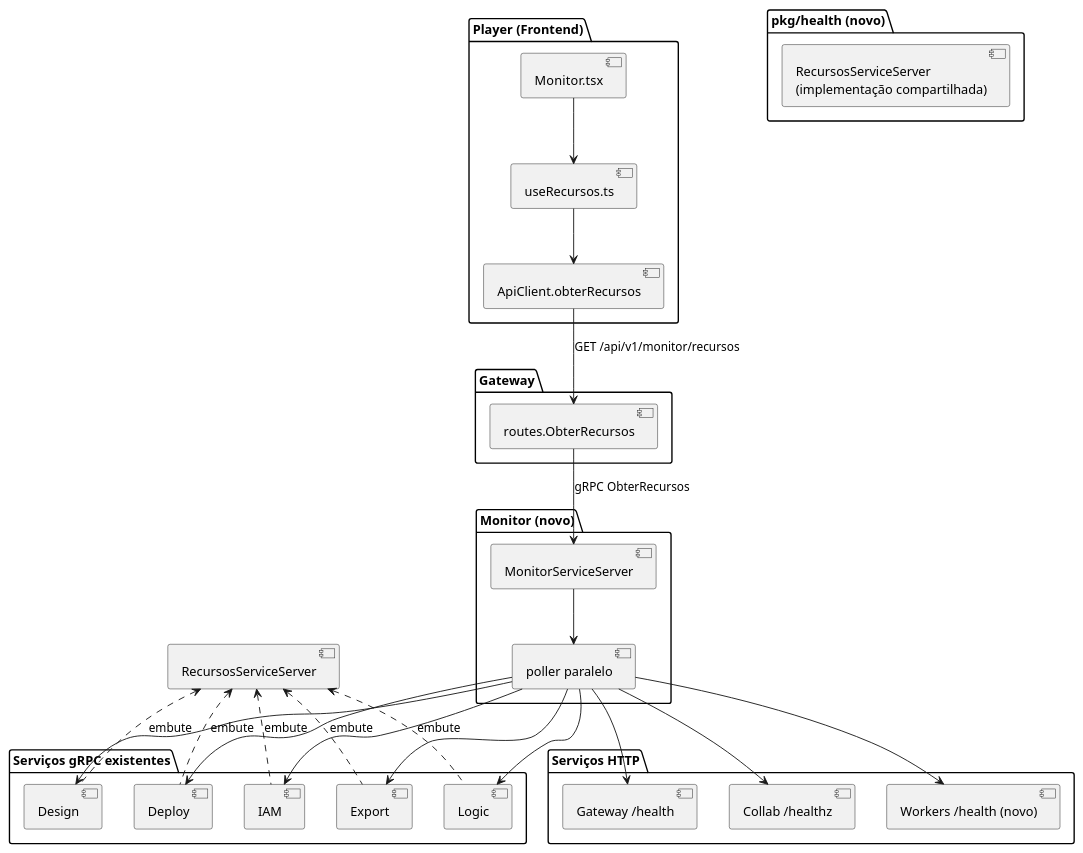
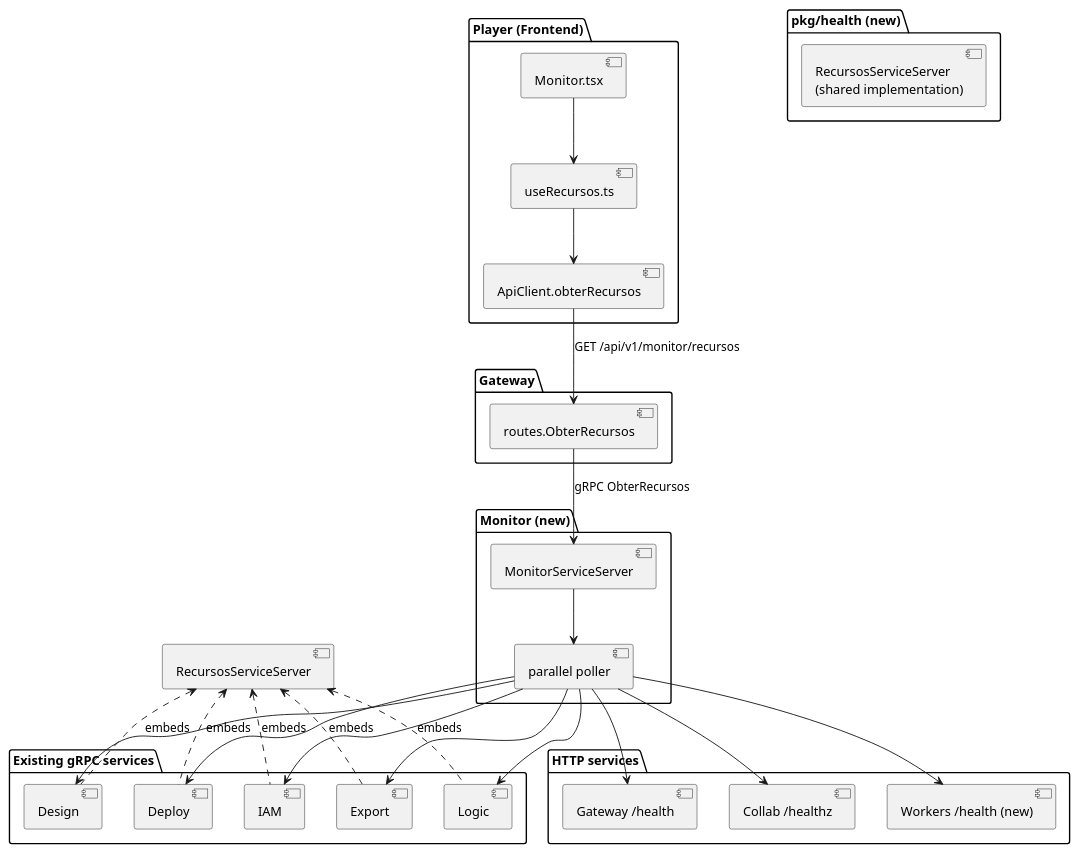
The diagram in specs/008-monitor-recursos/plan.md (GiovaniRodrigo/arquitetura-mach-saas-nocode), drawn with PlantUML before and after one commit. The commit also changed other lines of this file and 86 other files, not shown here.

````diff
--- a/specs/008-monitor-recursos/plan.md
+++ b/specs/008-monitor-recursos/plan.md
@@ -18,56 +19,56 @@
 ```plantuml
 @startuml
 package "Player (Frontend)" {
   [Monitor.tsx]
   [useRecursos.ts]
   [ApiClient.obterRecursos]
 }
 
 package "Gateway" {
   [routes.ObterRecursos]
 }
 
-package "Monitor (novo)" {
+package "Monitor (new)" {
   [MonitorServiceServer]
-  [poller paralelo]
+  [parallel poller]
 }
 
-package "pkg/health (novo)" {
-  [RecursosServiceServer\n(implementação compartilhada)]
+package "pkg/health (new)" {
+  [RecursosServiceServer\n(shared implementation)]
 }
 
-package "Serviços gRPC existentes" {
+package "Existing gRPC services" {
   [IAM]
   [Design]
   [Logic]
   [Deploy]
   [Export]
 }
 
-package "Serviços HTTP" {
+package "HTTP services" {
   [Gateway /health]
   [Collab /healthz]
-  [Workers /health (novo)]
+  [Workers /health (new)]
 }
 
 [Monitor.tsx] --> [useRecursos.ts]
 [useRecursos.ts] --> [ApiClient.obterRecursos]
 [ApiClient.obterRecursos] --> [routes.ObterRecursos] : GET /api/v1/monitor/recursos
 [routes.ObterRecursos] --> [MonitorServiceServer] : gRPC ObterRecursos
-[MonitorServiceServer] --> [poller paralelo]
-[poller paralelo] --> [IAM]
-[poller paralelo] --> [Design]
-[poller paralelo] --> [Logic]
-[poller paralelo] --> [Deploy]
-[poller paralelo] --> [Export]
-[poller paralelo] --> [Gateway /health]
-[poller paralelo] --> [Collab /healthz]
-[poller paralelo] --> [Workers /health (novo)]
+[MonitorServiceServer] --> [parallel poller]
+[parallel poller] --> [IAM]
+[parallel poller] --> [Design]
+[parallel poller] --> [Logic]
+[parallel poller] --> [Deploy]
+[parallel poller] --> [Export]
+[parallel poller] --> [Gateway /health]
+[parallel poller] --> [Collab /healthz]
+[parallel poller] --> [Workers /health (new)]
 
-[IAM] .up.> [RecursosServiceServer] : embute
-[Design] .up.> [RecursosServiceServer] : embute
-[Logic] .up.> [RecursosServiceServer] : embute
-[Deploy] .up.> [RecursosServiceServer] : embute
-[Export] .up.> [RecursosServiceServer] : embute
+[IAM] .up.> [RecursosServiceServer] : embeds
+[Design] .up.> [RecursosServiceServer] : embeds
+[Logic] .up.> [RecursosServiceServer] : embeds
+[Deploy] .up.> [RecursosServiceServer] : embeds
+[Export] .up.> [RecursosServiceServer] : embeds
 @enduml
 ```
````
